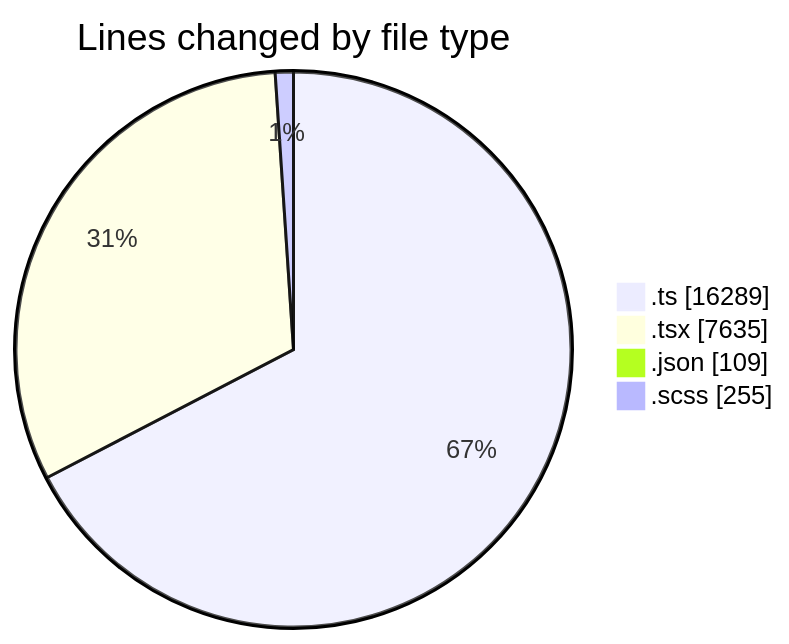
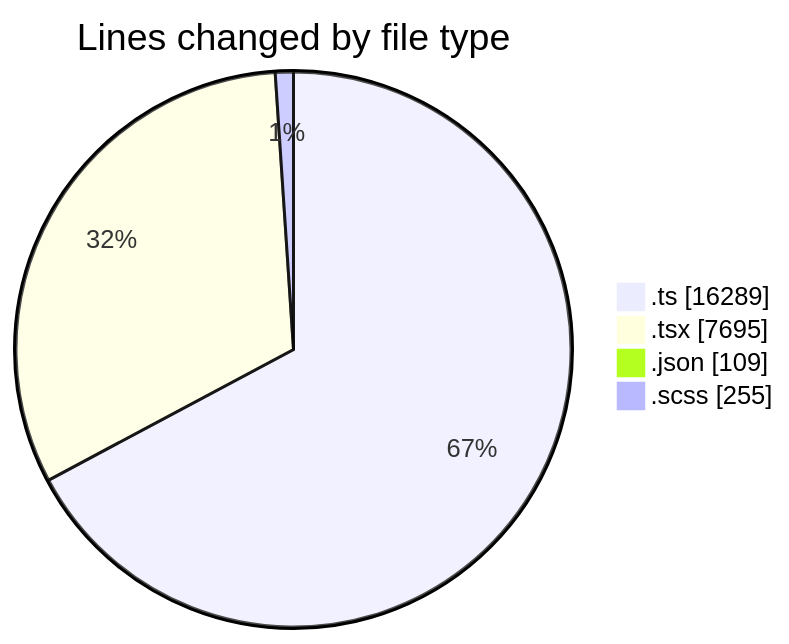
The first of 2 diagrams in 2025-07-04/cda/README.md (momahboobian/code-tracking), drawn with Mermaid before and after one commit. The commit also changed other lines of this file and 1 other file, not shown here.

````diff
--- a/2025-07-04/cda/README.md
+++ b/2025-07-04/cda/README.md
@@ -44,8 +45,8 @@
 ```mermaid
 pie showData
 title Lines changed by file type
 ".ts" : 16289
-".tsx" : 7635
+".tsx" : 7695
 ".json" : 109
 ".scss" : 255
 ```
````
